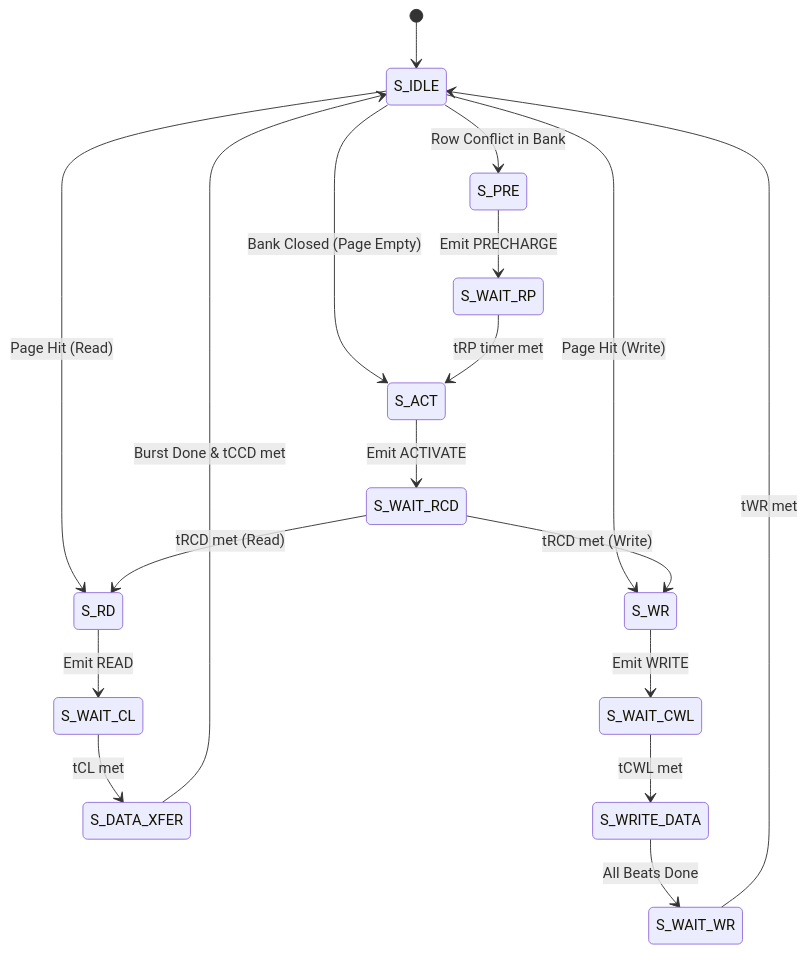
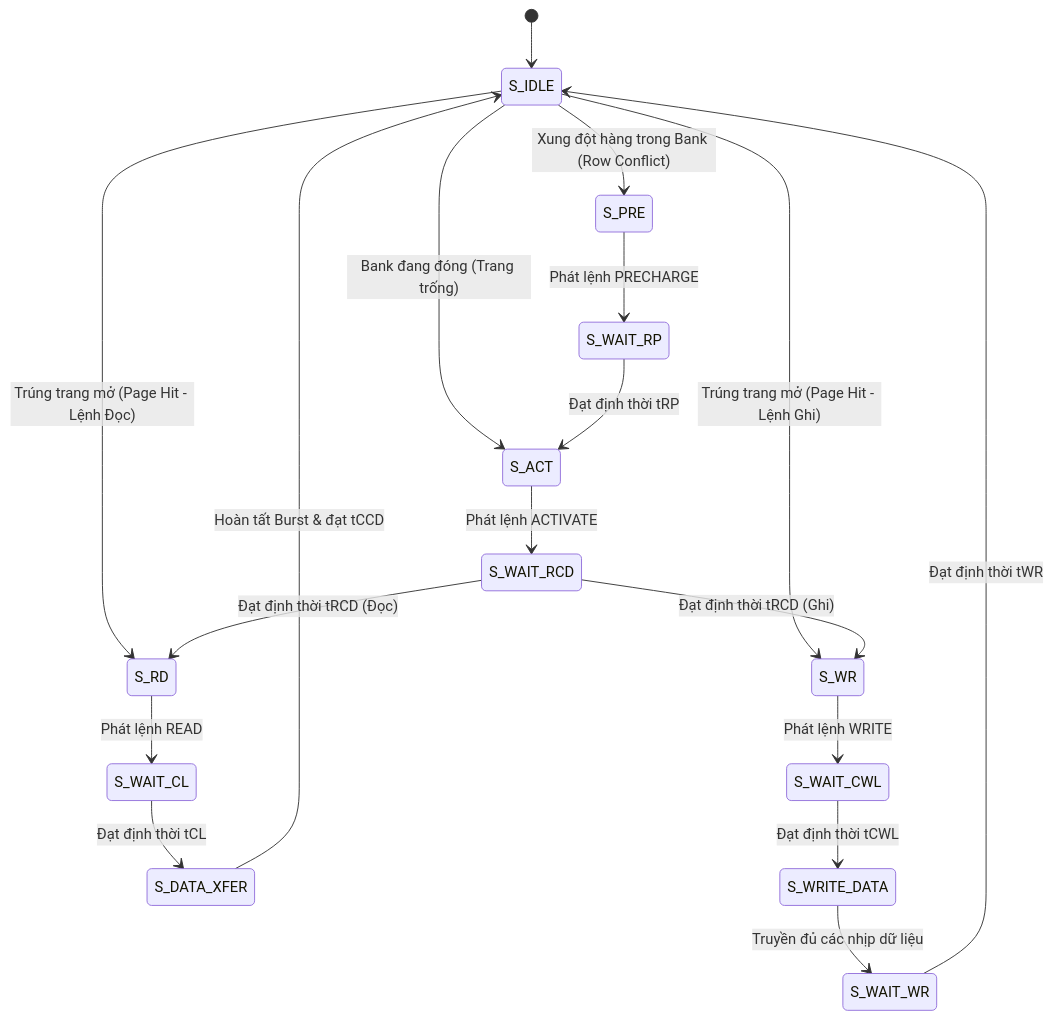
One commit to quachtuanthanh80-arch/DRAM changed the second of 2 diagrams in README.md. Above: the diagram before and after it, drawn with Mermaid. The commit also changed other lines of this file and 6 other files, not shown here.

````diff
--- a/README.md
+++ b/README.md
@@ -89,24 +89,24 @@
 ```mermaid
 stateDiagram-v2
     [*] --> S_IDLE
-    S_IDLE --> S_PRE : Row Conflict in Bank
-    S_IDLE --> S_ACT : Bank Closed (Page Empty)
-    S_IDLE --> S_RD : Page Hit (Read)
-    S_IDLE --> S_WR : Page Hit (Write)
+    S_IDLE --> S_PRE : Xung đột hàng trong Bank (Row Conflict)
+    S_IDLE --> S_ACT : Bank đang đóng (Trang trống)
+    S_IDLE --> S_RD : Trúng trang mở (Page Hit - Lệnh Đọc)
+    S_IDLE --> S_WR : Trúng trang mở (Page Hit - Lệnh Ghi)
 
-    S_PRE --> S_WAIT_RP : Emit PRECHARGE
-    S_WAIT_RP --> S_ACT : tRP timer met
+    S_PRE --> S_WAIT_RP : Phát lệnh PRECHARGE
+    S_WAIT_RP --> S_ACT : Đạt định thời tRP
     
-    S_ACT --> S_WAIT_RCD : Emit ACTIVATE
-    S_WAIT_RCD --> S_RD : tRCD met (Read)
-    S_WAIT_RCD --> S_WR : tRCD met (Write)
+    S_ACT --> S_WAIT_RCD : Phát lệnh ACTIVATE
+    S_WAIT_RCD --> S_RD : Đạt định thời tRCD (Đọc)
+    S_WAIT_RCD --> S_WR : Đạt định thời tRCD (Ghi)
 
-    S_RD --> S_WAIT_CL : Emit READ
-    S_WAIT_CL --> S_DATA_XFER : tCL met
-    S_DATA_XFER --> S_IDLE : Burst Done & tCCD met
+    S_RD --> S_WAIT_CL : Phát lệnh READ
+    S_WAIT_CL --> S_DATA_XFER : Đạt định thời tCL
+    S_DATA_XFER --> S_IDLE : Hoàn tất Burst & đạt tCCD
 
-    S_WR --> S_WAIT_CWL : Emit WRITE
-    S_WAIT_CWL --> S_WRITE_DATA : tCWL met
-    S_WRITE_DATA --> S_WAIT_WR : All Beats Done
-    S_WAIT_WR --> S_IDLE : tWR met
+    S_WR --> S_WAIT_CWL : Phát lệnh WRITE
+    S_WAIT_CWL --> S_WRITE_DATA : Đạt định thời tCWL
+    S_WRITE_DATA --> S_WAIT_WR : Truyền đủ các nhịp dữ liệu
+    S_WAIT_WR --> S_IDLE : Đạt định thời tWR
 ```
````
